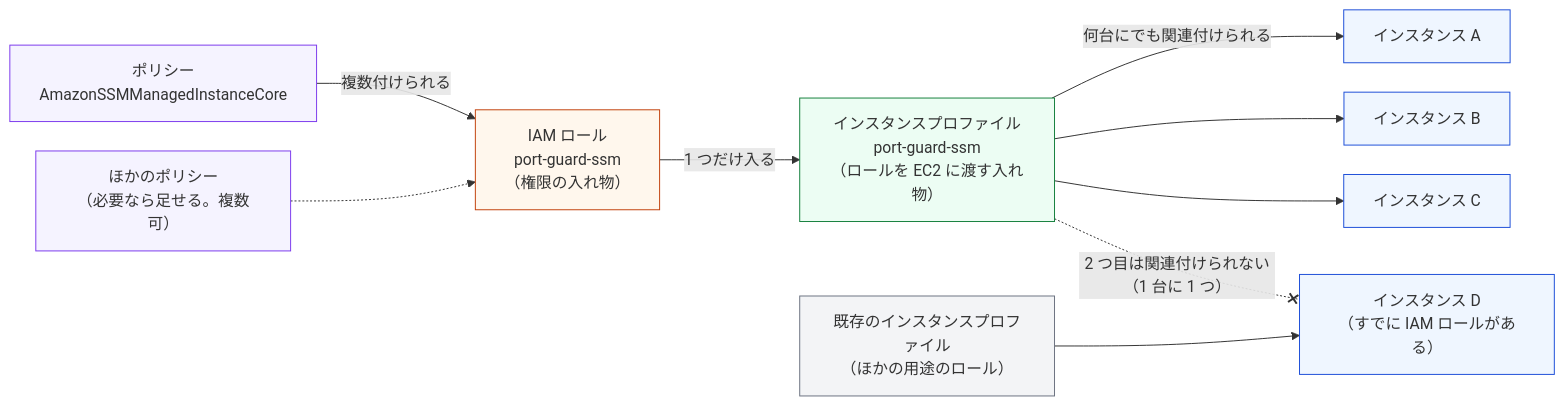
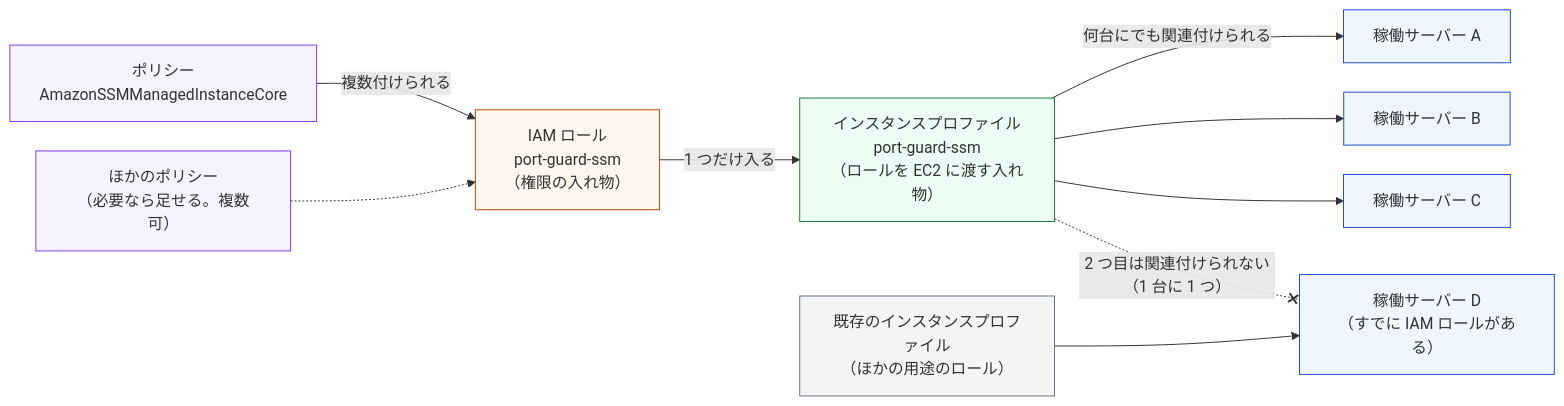
The second of 2 diagrams in docs/ec2/ssm-setup/steps.md (rxsxkxd/pk), drawn with Mermaid before and after one commit. The commit also changed other lines of this file and 62 other files, not shown here.

````diff
--- a/docs/ec2/ssm-setup/steps.md
+++ b/docs/ec2/ssm-setup/steps.md
@@ -169,33 +202,33 @@
 ```mermaid
 %%{init: {"themeVariables": {"fontSize": "16px"}, "flowchart": {"nodeSpacing": 30, "rankSpacing": 50}}}%%
 flowchart LR
     P1["ポリシー<br>AmazonSSMManagedInstanceCore"]
     P2["ほかのポリシー<br>（必要なら足せる。複数可）"]
     R["IAM ロール<br>port-guard-ssm<br>（権限の入れ物）"]
     IP["インスタンスプロファイル<br>port-guard-ssm<br>（ロールを EC2 に渡す入れ物）"]
-    A["インスタンス A"]
-    B["インスタンス B"]
-    C["インスタンス C"]
+    A["稼働サーバー A"]
+    B["稼働サーバー B"]
+    C["稼働サーバー C"]
     OLD["既存のインスタンスプロファイル<br>（ほかの用途のロール）"]
-    D["インスタンス D<br>（すでに IAM ロールがある）"]
+    D["稼働サーバー D<br>（すでに IAM ロールがある）"]
 
     P1 -->|"複数付けられる"| R
     P2 -.-> R
     R -->|"1 つだけ入る"| IP
     IP -->|"何台にでも関連付けられる"| A
     IP --> B
     IP --> C
     OLD --> D
     IP -. "2 つ目は関連付けられない（1 台に 1 つ）" .-x D
 
     classDef policy fill:#f5f3ff,stroke:#7c3aed
     classDef role fill:#fff7ed,stroke:#c2410c
     classDef profile fill:#ecfdf3,stroke:#15803d
     classDef other fill:#f3f4f6,stroke:#6b7280
     classDef ec2 fill:#eff6ff,stroke:#1d4ed8
     class P1,P2 policy
     class R role
     class IP profile
     class OLD other
     class A,B,C,D ec2
 ```
````
